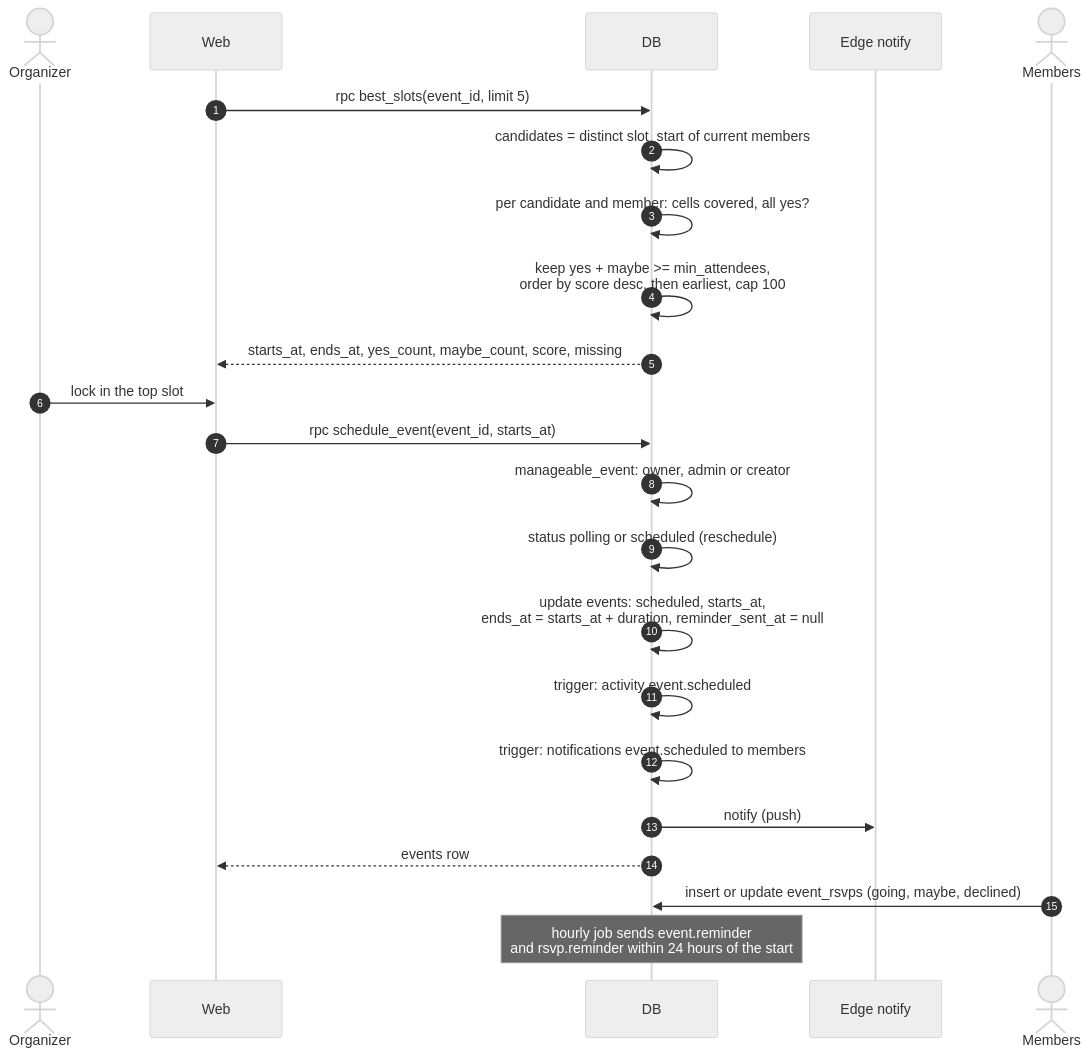
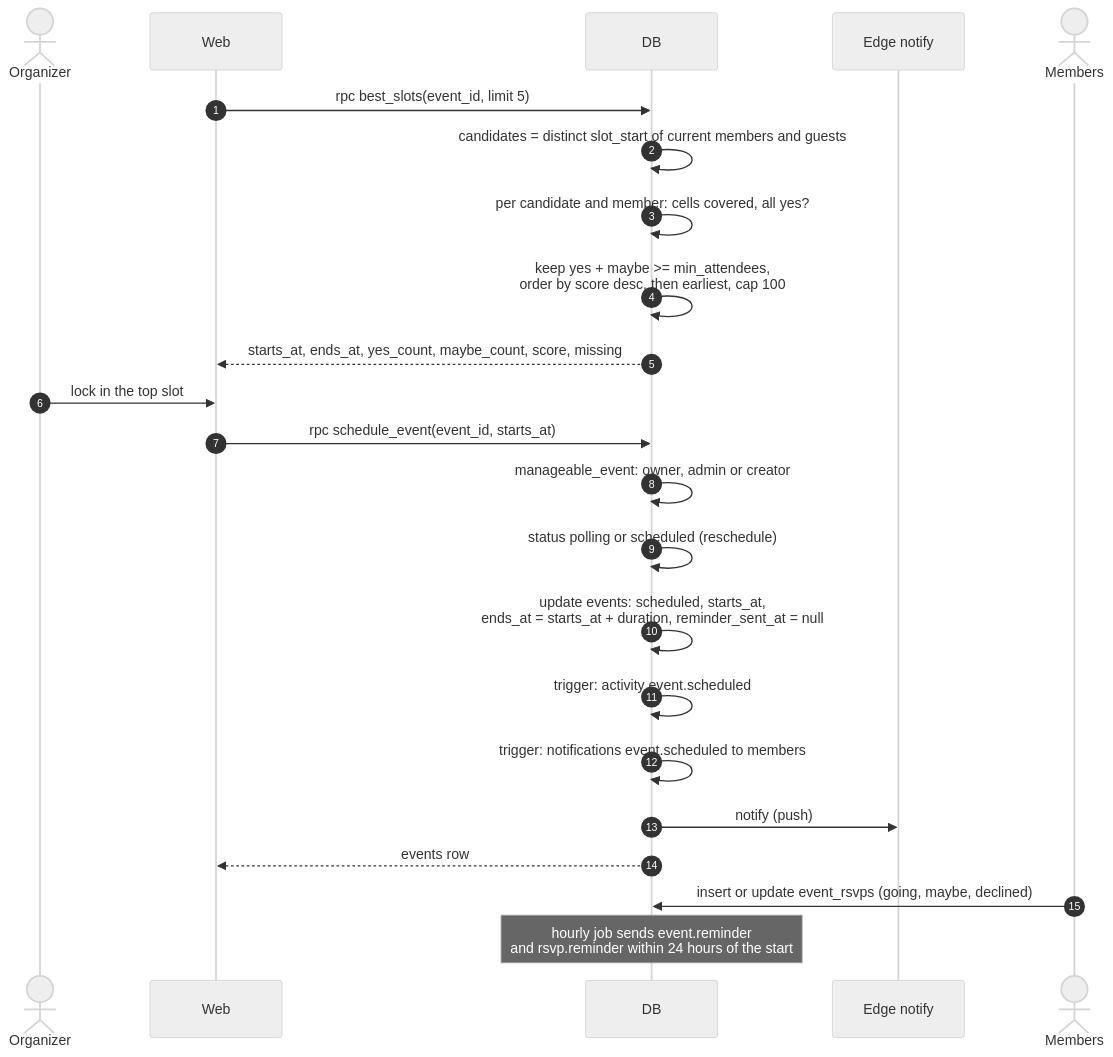
One commit to Fermulate/potluck changed diagram 13 of 20 in docs/sequences.md. Above: the diagram before and after it, drawn with Mermaid (neutral theme). The commit also changed other lines of this file and 9 other files, not shown here.

Commit message:
docs: guest links adr, sequence, security and agent notes

````diff
--- a/docs/sequences.md
+++ b/docs/sequences.md
@@ -386,26 +431,26 @@
 ```mermaid
 sequenceDiagram
   autonumber
   actor O as Organizer
   participant W as Web
   participant DB as DB
   participant E as Edge notify
   actor M as Members
 
   W->>DB: rpc best_slots(event_id, limit 5)
-  DB->>DB: candidates = distinct slot_start of current members
+  DB->>DB: candidates = distinct slot_start of current members and guests
   DB->>DB: per candidate and member: cells covered, all yes?
   DB->>DB: keep yes + maybe >= min_attendees,<br/>order by score desc, then earliest, cap 100
   DB-->>W: starts_at, ends_at, yes_count, maybe_count, score, missing
   O->>W: lock in the top slot
   W->>DB: rpc schedule_event(event_id, starts_at)
   DB->>DB: manageable_event: owner, admin or creator
   DB->>DB: status polling or scheduled (reschedule)
   DB->>DB: update events: scheduled, starts_at,<br/>ends_at = starts_at + duration, reminder_sent_at = null
   DB->>DB: trigger: activity event.scheduled
   DB->>DB: trigger: notifications event.scheduled to members
   DB->>E: notify (push)
   DB-->>W: events row
   M->>DB: insert or update event_rsvps (going, maybe, declined)
   Note over DB: hourly job sends event.reminder<br/>and rsvp.reminder within 24 hours of the start
 ```
````
